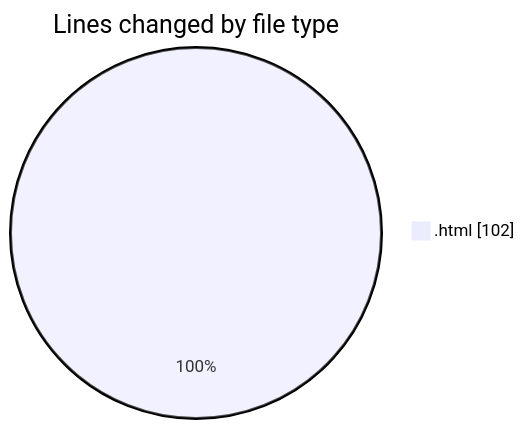
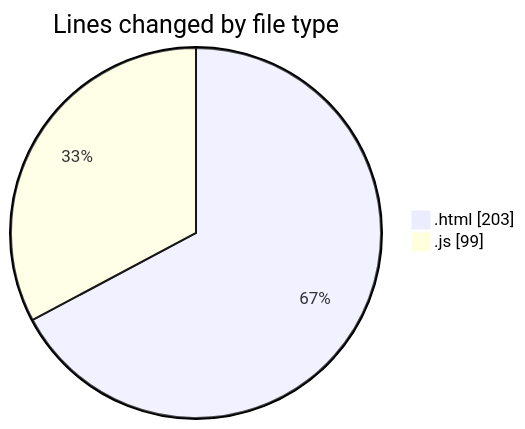
The first of 2 diagrams in 2025-09-07/cashcalculator/README.md (nxtqubesakshisongat/code-tracking), drawn with Mermaid before and after one commit. The commit also changed other lines of this file and 1 other file, not shown here.

````diff
--- a/2025-09-07/cashcalculator/README.md
+++ b/2025-09-07/cashcalculator/README.md
@@ -20,5 +21,6 @@
 ```mermaid
 pie showData
 title Lines changed by file type
-".html" : 102
+".html" : 203
+".js" : 99
 ```
````
